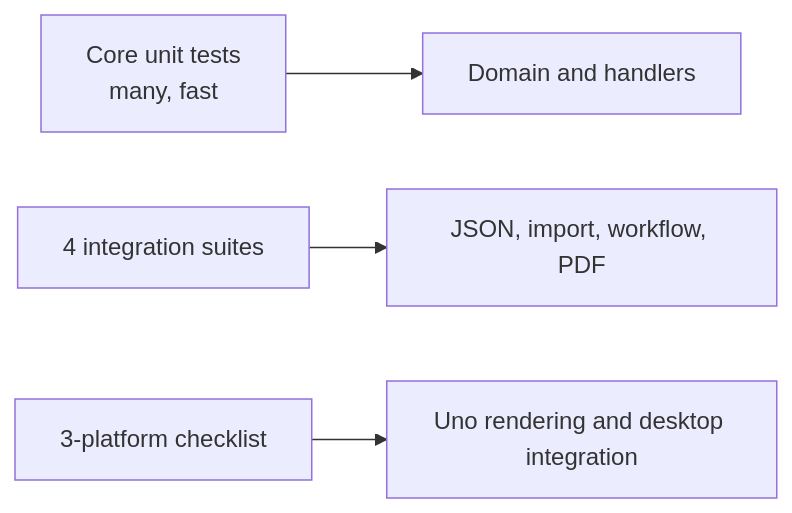
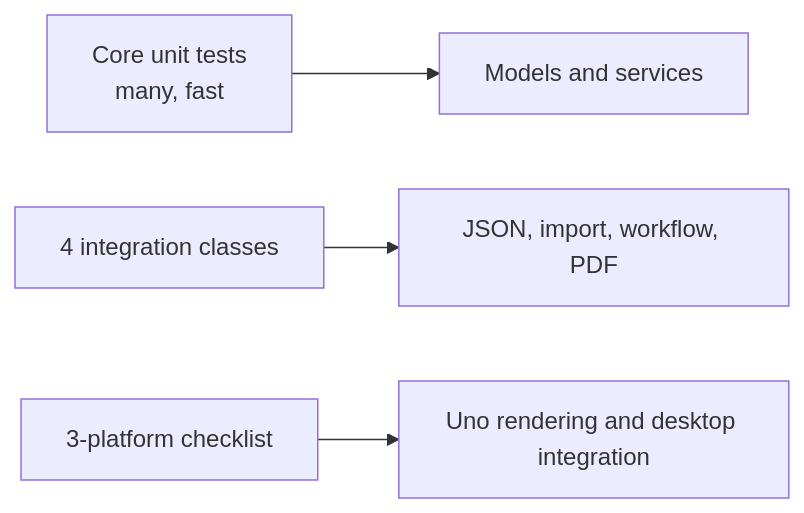
Before and after one commit to alucardGonza/CineSched_D.G.D: the sixth of 6 diagrams in ARCHITECTURE.md, drawn with Mermaid. The commit also changed other lines of this file and 2 other files, not shown here.

Commit message:
docs: simplify core slices and test structure

````diff
--- a/ARCHITECTURE.md
+++ b/ARCHITECTURE.md
@@ -648,6 +620,6 @@
 ```mermaid
 flowchart LR
-    Unit[Core unit tests<br/>many, fast] --> Rules[Domain and handlers]
-    Integration[4 integration suites] --> Boundaries[JSON, import, workflow, PDF]
+    Unit[Core unit tests<br/>many, fast] --> Rules[Models and services]
+    Integration[4 integration classes] --> Boundaries[JSON, import, workflow, PDF]
     Manual[3-platform checklist] --> UI[Uno rendering and desktop integration]
 ```
````
